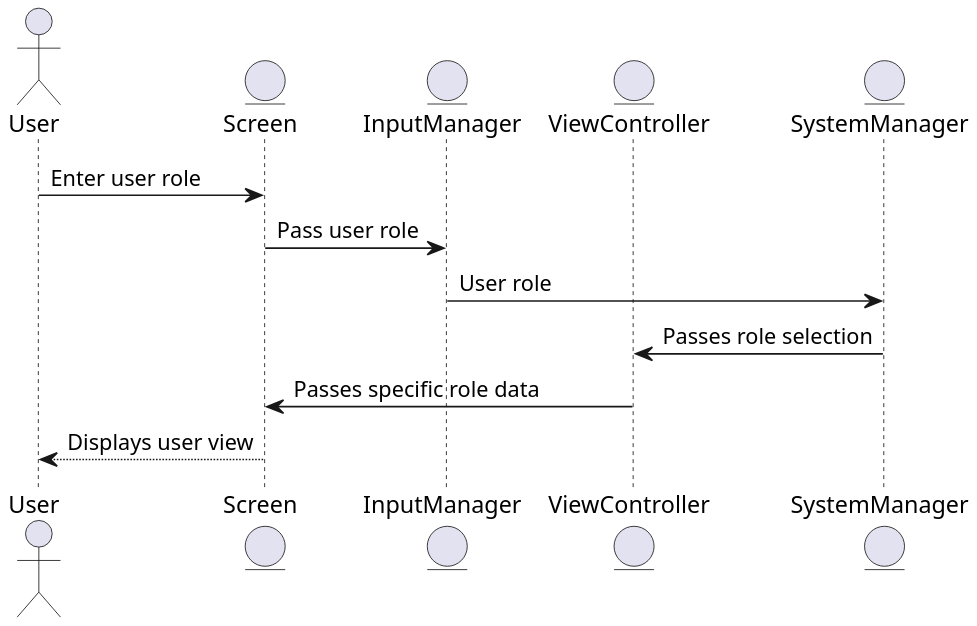
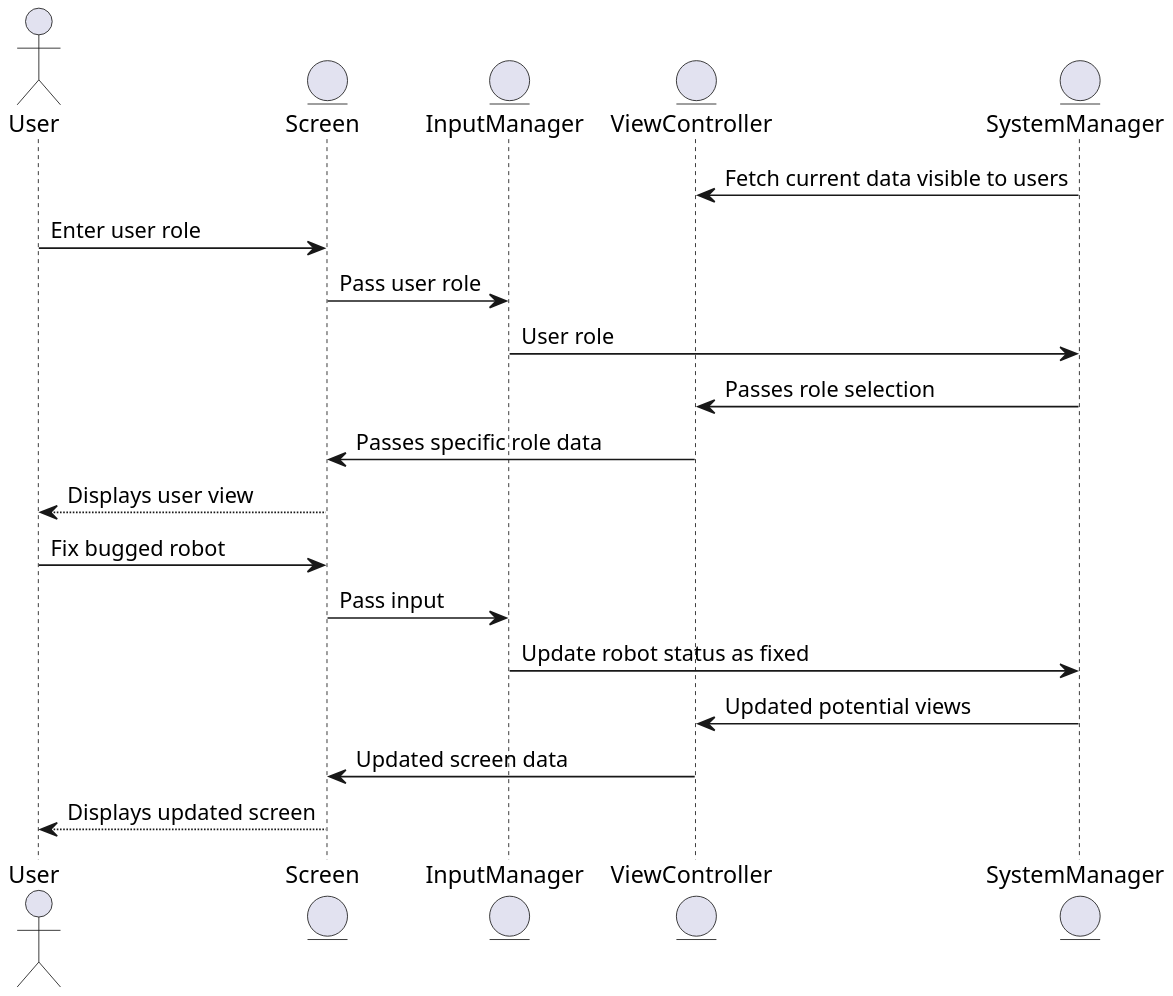
The diagram in docs/design/Sequence Diagrams/UI Sequence Diagrams/fix_bugged_robots.puml (ur-swe-fa24/main-project-scrum-heads), drawn with PlantUML before and after one commit. The commit also changed 6 other files, not shown here.

```diff
--- a/docs/design/Sequence Diagrams/UI Sequence Diagrams/fix_bugged_robots.puml
+++ b/docs/design/Sequence Diagrams/UI Sequence Diagrams/fix_bugged_robots.puml
@@ -1,20 +1,31 @@
 @startuml FixRobotsSD
 skinparam dpi 200
 skinparam DefaultFontName Inconsolata
 
 ' Defines all participants (actors and entities)
 actor User
 entity Screen
 entity InputManager
 entity ViewController
 entity SystemManager
 
 ' Sequence flow of user selecting role and getting specific display
+SystemManager -> ViewController : Fetch current data visible to users
 User -> Screen : Enter user role
 Screen -> InputManager : Pass user role
 InputManager -> SystemManager : User role
 SystemManager -> ViewController : Passes role selection
 ViewController -> Screen : Passes specific role data
 Screen --> User : Displays user view
 
+' Sequence flow for fixing bugged robots
+' Note: not all users would be able to accomplish this
+' because the screen simply wouldn't display the option
+User -> Screen : Fix bugged robot
+Screen -> InputManager : Pass input
+InputManager -> SystemManager : Update robot status as fixed
+SystemManager -> ViewController : Updated potential views
+ViewController -> Screen : Updated screen data
+Screen --> User : Displays updated screen
+
 @enduml
```
